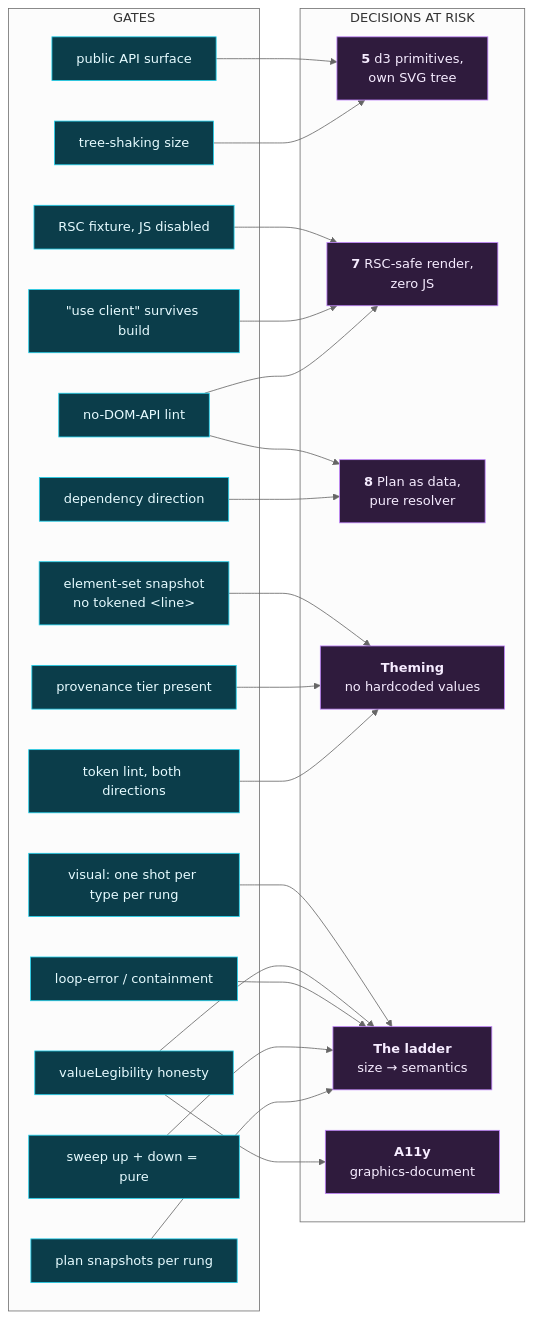
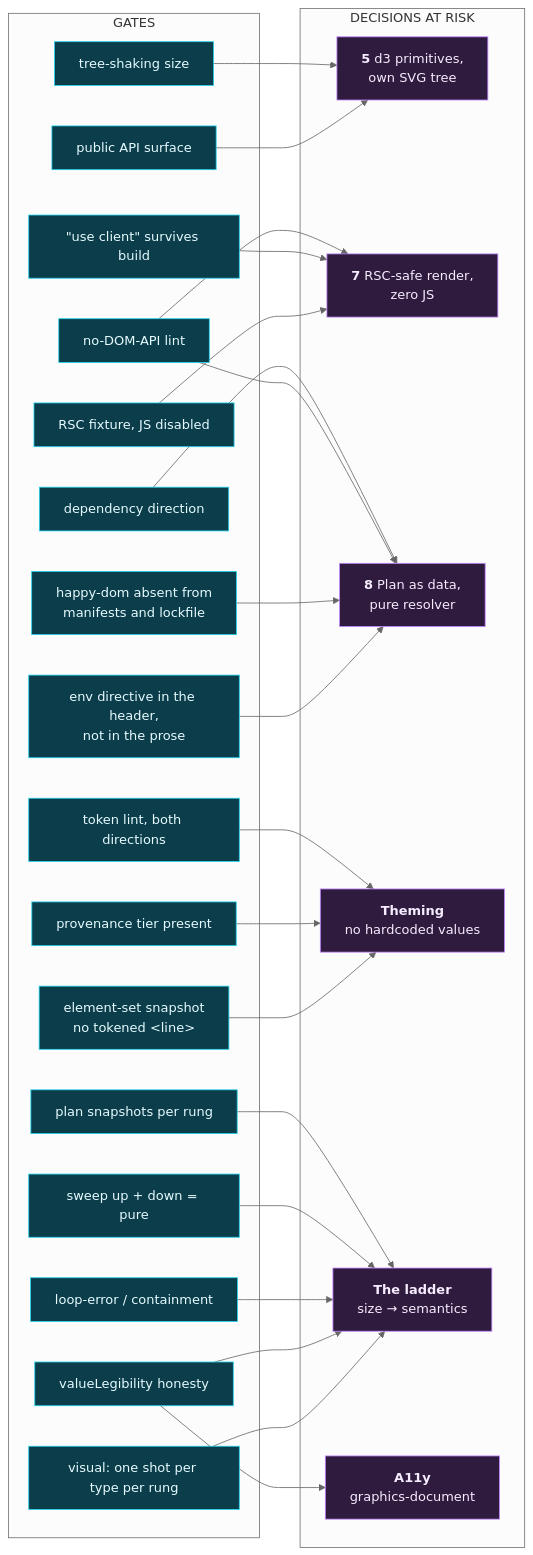
The first of 2 diagrams in research/maps/04-ci-gate-map.md (DeshpandeBoy/Defence-Charts), drawn with Mermaid (neutral theme) before and after one commit. The commit also changed other lines of this file and 46 other files, not shown here.

````diff
--- a/research/maps/04-ci-gate-map.md
+++ b/research/maps/04-ci-gate-map.md
@@ -12,50 +12,54 @@
 ```mermaid
 flowchart LR
     subgraph d["DECISIONS AT RISK"]
         D5["<b>5</b> d3 primitives,<br/>own SVG tree"]
         D7["<b>7</b> RSC-safe render,<br/>zero JS"]
         D8["<b>8</b> Plan as data,<br/>pure resolver"]
         DT["<b>Theming</b><br/>no hardcoded values"]
         DL["<b>The ladder</b><br/>size → semantics"]
         DA["<b>A11y</b><br/>graphics-document"]
     end
 
     subgraph g["GATES"]
         G1["dependency direction"]
         G2["no-DOM-API lint"]
         G3["&quot;use client&quot; survives build"]
         G4["RSC fixture, JS disabled"]
         G5["tree-shaking size"]
         G6["public API surface"]
         G7["token lint, both directions"]
         G8["provenance tier present"]
         G9["plan snapshots per rung"]
         G10["sweep up + down = pure"]
         G11["loop-error / containment"]
         G12["valueLegibility honesty"]
         G13["visual: one shot per type per rung"]
         G14["element-set snapshot<br/>no tokened &lt;line&gt;"]
+        G15["happy-dom absent from<br/>manifests and lockfile"]
+        G16["env directive in the header,<br/>not in the prose"]
     end
 
     G1 --> D8
     G2 --> D8
     G2 --> D7
     G3 --> D7
     G4 --> D7
     G5 --> D5
     G6 --> D5
     G7 --> DT
     G8 --> DT
     G9 --> DL
     G10 --> DL
     G11 --> DL
     G12 --> DA
     G12 --> DL
     G13 --> DL
     G14 --> DT
+    G15 --> D8
+    G16 --> D8
 
     classDef dd fill:#2f1b3d,stroke:#c084fc,color:#f6ecff
     classDef gg fill:#0b3d4a,stroke:#22d3ee,color:#e6fbff
     class D5,D7,D8,DT,DL,DA dd
-    class G1,G2,G3,G4,G5,G6,G7,G8,G9,G10,G11,G12,G13,G14 gg
+    class G1,G2,G3,G4,G5,G6,G7,G8,G9,G10,G11,G12,G13,G14,G15,G16 gg
 ```
````
